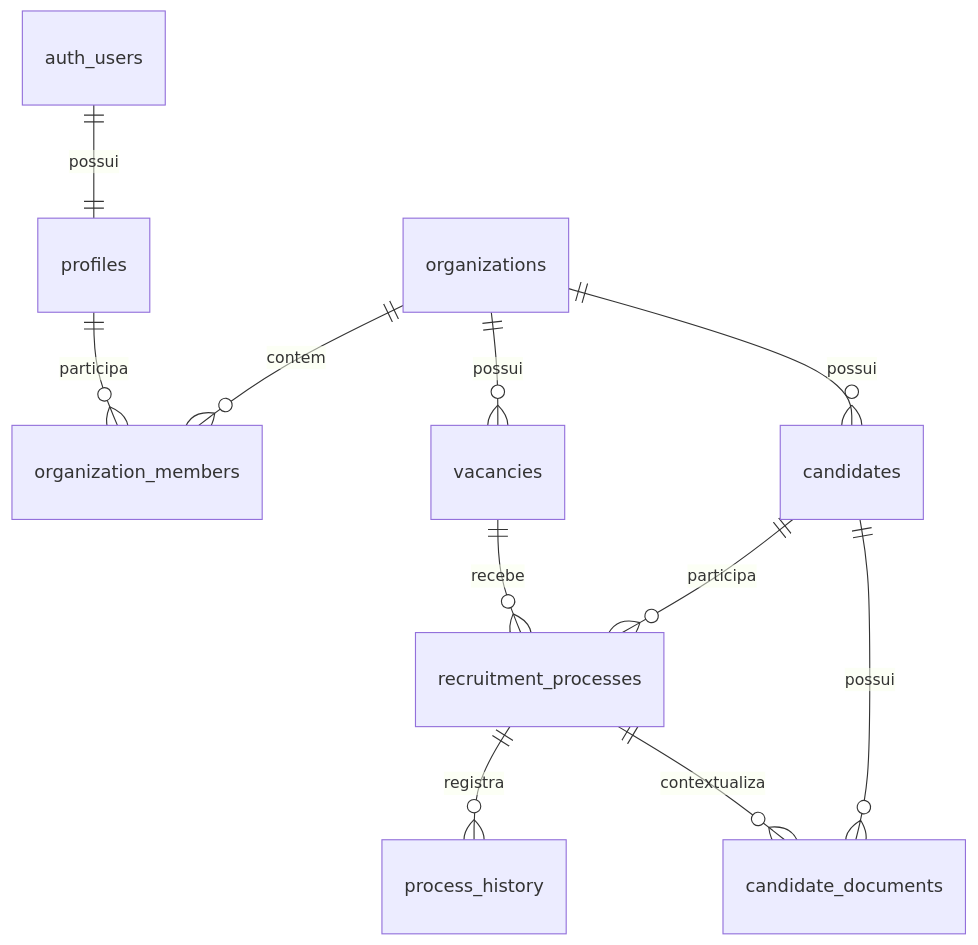
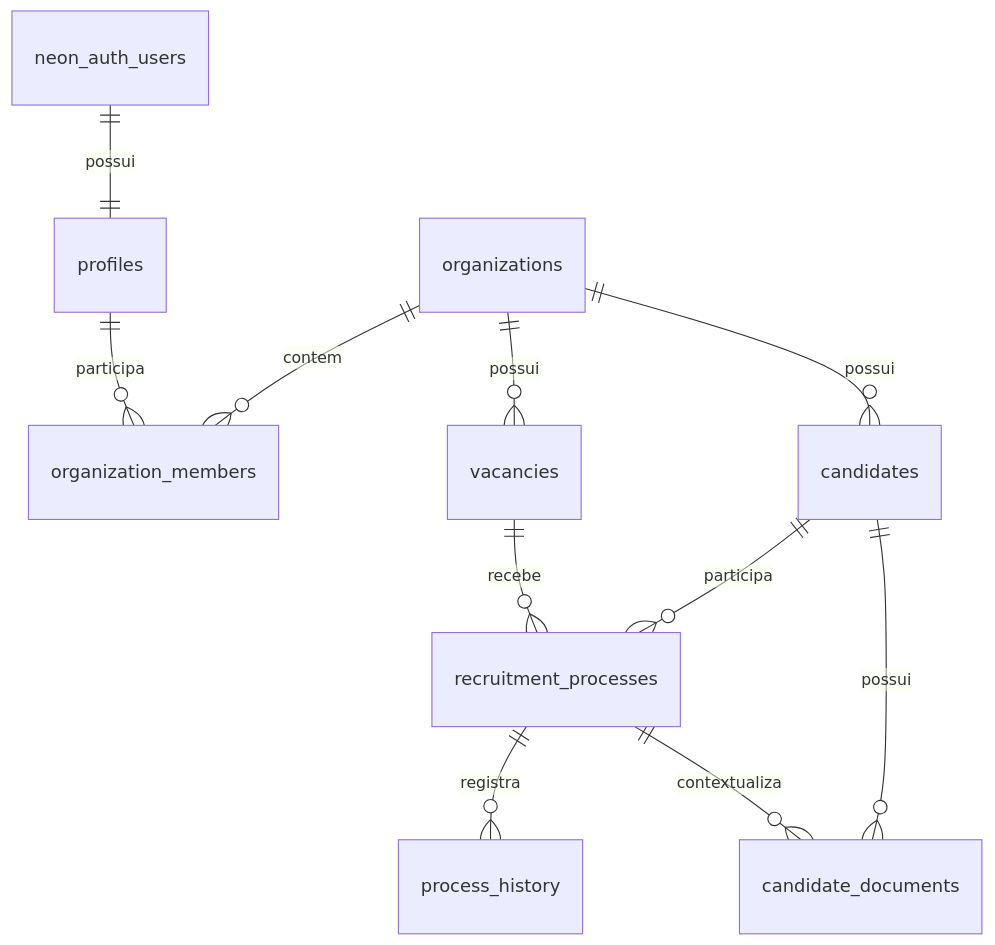
The diagram in PROJECT.md (yeMorGx/majurh), drawn with Mermaid before and after one commit. The commit also changed other lines of this file and 41 other files, not shown here.

````diff
--- a/PROJECT.md
+++ b/PROJECT.md
@@ -265,13 +270,13 @@
 ```mermaid
 erDiagram
-    auth_users ||--|| profiles : possui
+    neon_auth_users ||--|| profiles : possui
     organizations ||--o{ organization_members : contem
     profiles ||--o{ organization_members : participa
     organizations ||--o{ vacancies : possui
     organizations ||--o{ candidates : possui
     candidates ||--o{ recruitment_processes : participa
     vacancies ||--o{ recruitment_processes : recebe
     recruitment_processes ||--o{ process_history : registra
     candidates ||--o{ candidate_documents : possui
     recruitment_processes ||--o{ candidate_documents : contextualiza
 ```
````
